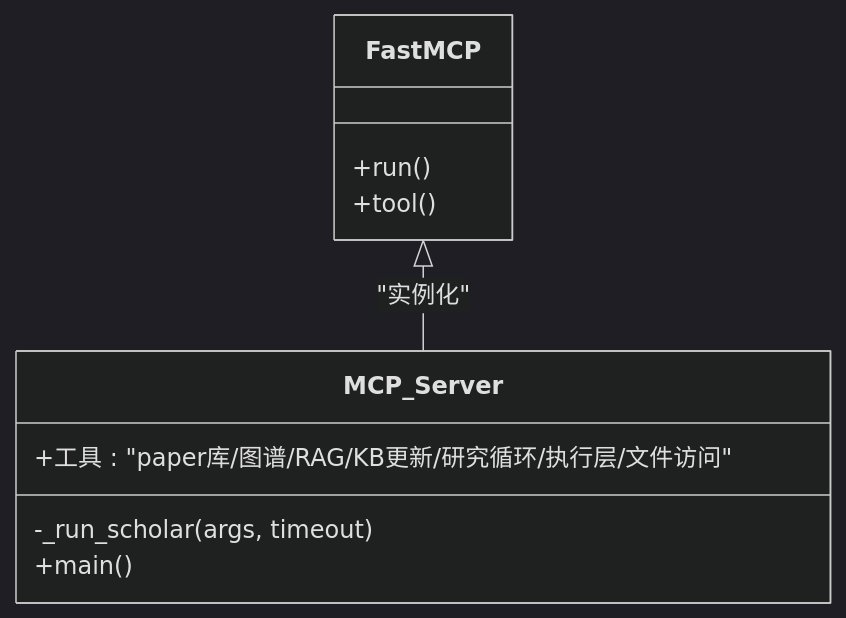
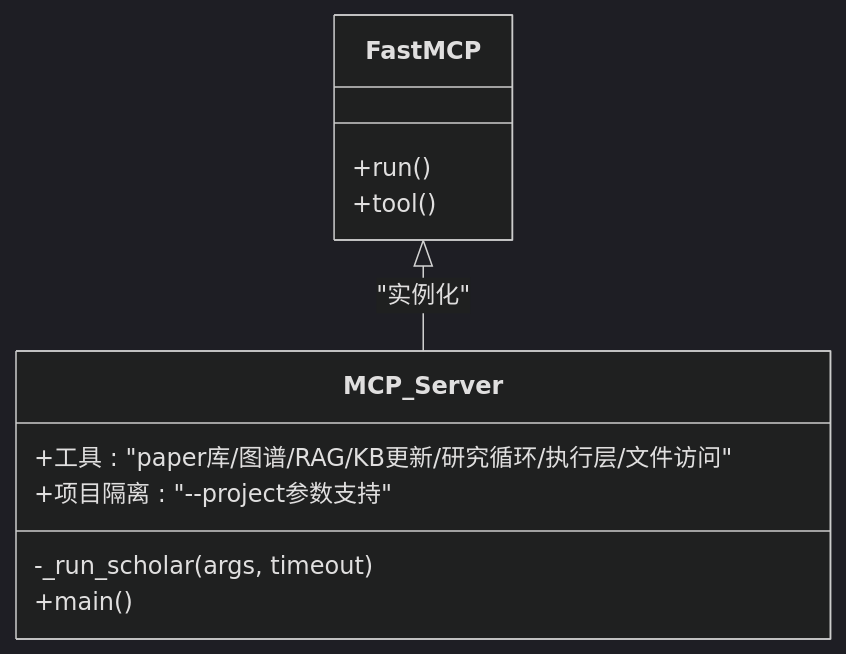
The third of 9 diagrams in .qoder/repowiki/zh/content/MCP服务系统/MCP服务系统.md (1173591564/academic-based-qoder), drawn with Mermaid (dark theme) before and after one commit. The commit also changed other lines of this file and 68 other files, not shown here.

````diff
--- a/.qoder/repowiki/zh/content/MCP服务系统/MCP服务系统.md
+++ b/.qoder/repowiki/zh/content/MCP服务系统/MCP服务系统.md
@@ -152,13 +170,14 @@
 ```mermaid
 classDiagram
 class FastMCP {
 +run()
 +tool()
 }
 class MCP_Server {
 +工具 : "paper库/图谱/RAG/KB更新/研究循环/执行层/文件访问"
++项目隔离 : "--project参数支持"
 -_run_scholar(args, timeout)
 +main()
 }
 FastMCP <|-- MCP_Server : "实例化"
 ```
````
